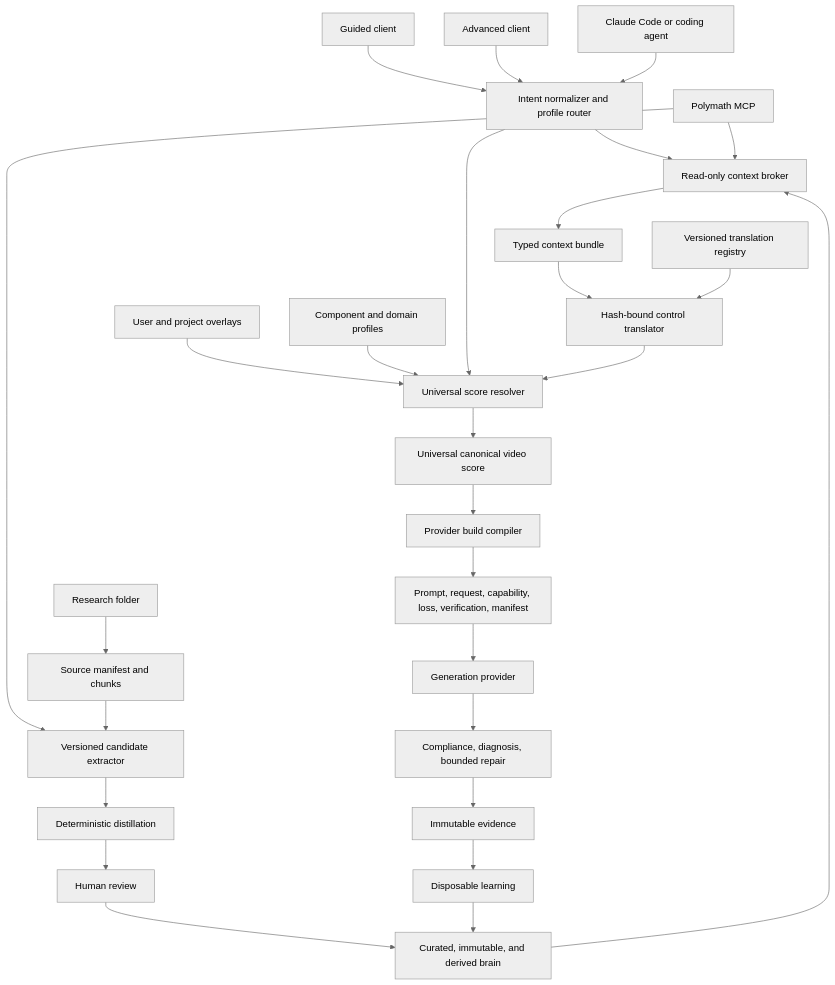
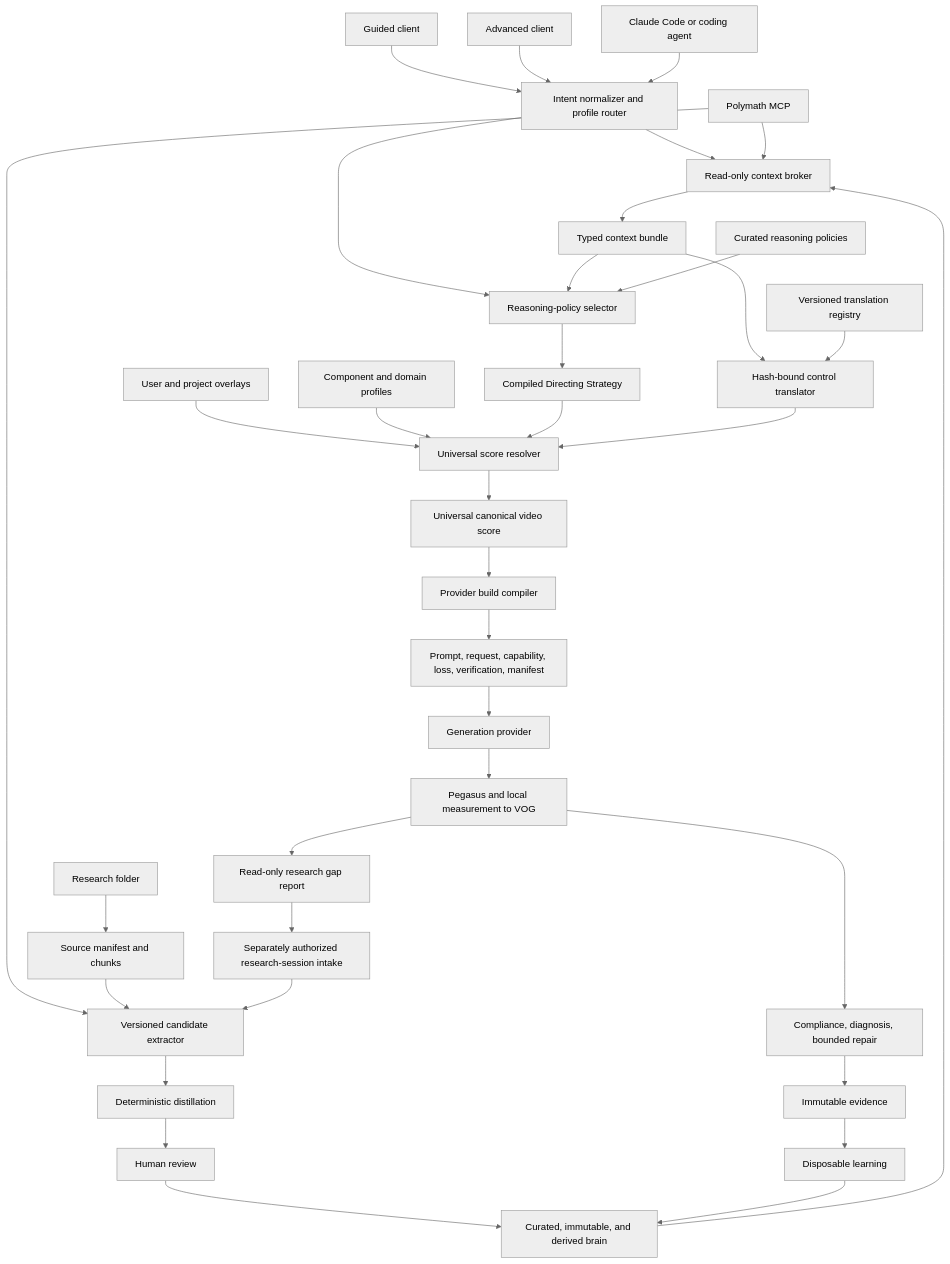
The third of 3 diagrams in ARCHITECTURE.md (Kingsley-Cyber/ai-video-movement-prompt-system), drawn with Mermaid (neutral theme) before and after one commit. The commit also changed other lines of this file and 94 other files, not shown here.

````diff
--- a/ARCHITECTURE.md
+++ b/ARCHITECTURE.md
@@ -2400,32 +3084,40 @@
 ```mermaid
 flowchart TB
     Guided["Guided client"] --> Intent["Intent normalizer and profile router"]
     Advanced["Advanced client"] --> Intent
     Agent["Claude Code or coding agent"] --> Intent
     UserContext["User and project overlays"] --> Resolve["Universal score resolver"]
     Profiles["Component and domain profiles"] --> Resolve
     Intent --> Broker["Read-only context broker"]
     KB["Curated, immutable, and derived brain"] --> Broker
     Poly["Polymath MCP"] --> Broker
     Broker --> Context["Typed context bundle"]
-    Intent --> Resolve
+    Intent --> Policy["Reasoning-policy selector"]
+    Context --> Policy
+    PolicyRegistry["Curated reasoning policies"] --> Policy
+    Policy --> Strategy["Compiled Directing Strategy"]
+    Strategy --> Resolve
     Context --> Translate["Hash-bound control translator"]
     TranslationRegistry["Versioned translation registry"] --> Translate
     Translate --> Resolve
     Resolve --> Score["Universal canonical video score"]
 
     Folder["Research folder"] --> Source["Source manifest and chunks"]
     Poly --> Extract["Versioned candidate extractor"]
     Source --> Extract
     Extract --> Distill["Deterministic distillation"]
     Distill --> Review["Human review"]
     Review --> KB
 
     Score --> Compile["Provider build compiler"]
     Compile --> Build["Prompt, request, capability, loss, verification, manifest"]
     Build --> Render["Generation provider"]
-    Render --> Verify["Compliance, diagnosis, bounded repair"]
+    Render --> Observe["Pegasus and local measurement to VOG"]
+    Observe --> Verify["Compliance, diagnosis, bounded repair"]
+    Observe --> Gap["Read-only research gap report"]
+    Gap --> GapIntake["Separately authorized research-session intake"]
+    GapIntake --> Extract
     Verify --> Record["Immutable evidence"]
     Record --> Reflect["Disposable learning"]
     Reflect --> KB
 ```
````
